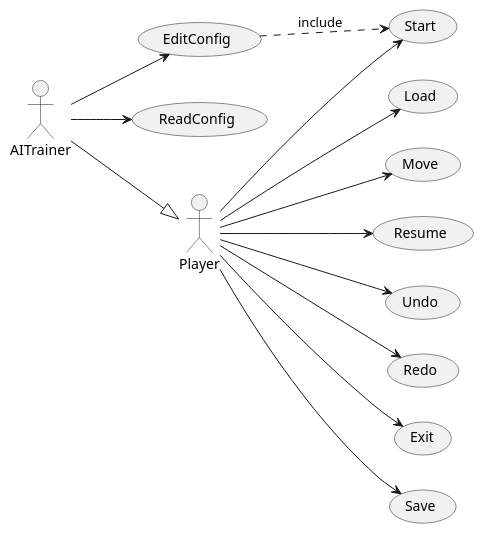
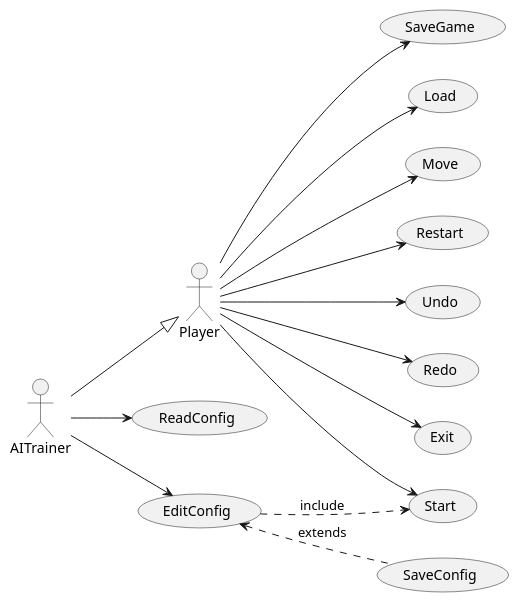
The diagram in docs/src/use-cases/use-cases.plantuml (Master-Desarrollo-20-21/patrones-diseno---practica-final---juego-de-las-damas-fraylopez), drawn with PlantUML before and after one commit. The commit also changed 14 other files, not shown here.

Commit message:
update diagrams

```diff
--- a/docs/src/use-cases/use-cases.plantuml
+++ b/docs/src/use-cases/use-cases.plantuml
@@ -1,33 +1,37 @@
 @startuml UseCases
 left to right direction
 actor Player
 actor AITrainer
 
 AITrainer -down-|> Player
 
 usecase Start
 usecase Move
-usecase Resume
+usecase Restart
 usecase Undo
 usecase Redo
 usecase Exit
-usecase Save
+usecase SaveGame
 usecase Load
 
-usecase ReadConfig
-usecase EditConfig
+
 
 Player --> Start
 Player --> Move
 Player --> Undo
 Player --> Redo
 Player --> Exit
-Player --> Save
-Player --> Resume
+Player --> SaveGame
+Player --> Restart
 Player --> Load
+
+usecase ReadConfig
+usecase EditConfig
+usecase SaveConfig
 
 AITrainer --> ReadConfig
 AITrainer --> EditConfig
 
 EditConfig ..> Start :"include"
+EditConfig <.. SaveConfig :"extends"
 @enduml
```
